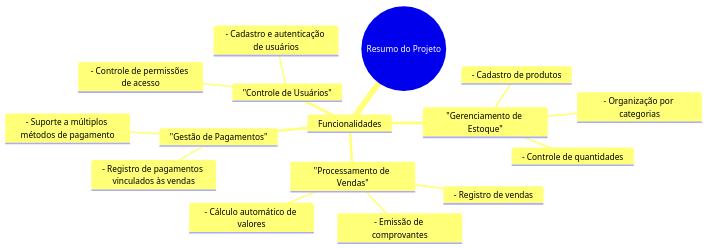
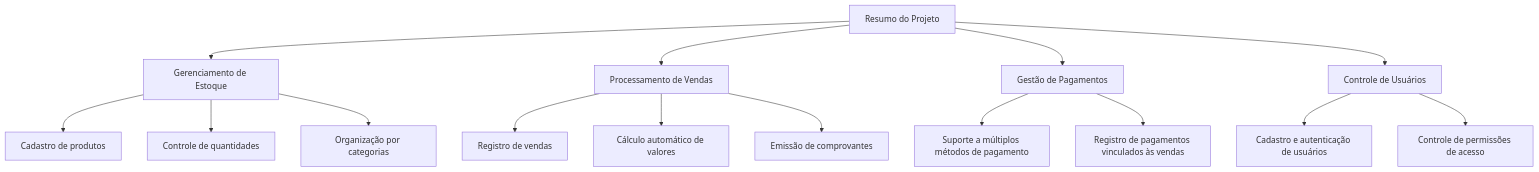
The second of 2 diagrams in README.md (JoaovlLima/EstoqueLoja), drawn with Mermaid before and after one commit.

````diff
--- a/README.md
+++ b/README.md
@@ -52,19 +52,21 @@
 ```mermaid
-mindmap
-  root((Resumo do Projeto))
-    Funcionalidades
-      "Gerenciamento de Estoque"
-        - Cadastro de produtos
-        - Controle de quantidades
-        - Organização por categorias
-      "Processamento de Vendas"
-        - Registro de vendas
-        - Cálculo automático de valores
-        - Emissão de comprovantes
-      "Gestão de Pagamentos"
-        - Suporte a múltiplos métodos de pagamento
-        - Registro de pagamentos vinculados às vendas
-      "Controle de Usuários"
-        - Cadastro e autenticação de usuários
-        - Controle de permissões de acesso
+graph TD;
+    A[Resumo do Projeto] --> B[Gerenciamento de Estoque];
+    B --> B1[Cadastro de produtos];
+    B --> B2[Controle de quantidades];
+    B --> B3[Organização por categorias];
+
+    A --> C[Processamento de Vendas];
+    C --> C1[Registro de vendas];
+    C --> C2[Cálculo automático de valores];
+    C --> C3[Emissão de comprovantes];
+
+    A --> D[Gestão de Pagamentos];
+    D --> D1[Suporte a múltiplos métodos de pagamento];
+    D --> D2[Registro de pagamentos vinculados às vendas];
+
+    A --> E[Controle de Usuários];
+    E --> E1[Cadastro e autenticação de usuários];
+    E --> E2[Controle de permissões de acesso];
+
 ```
````
